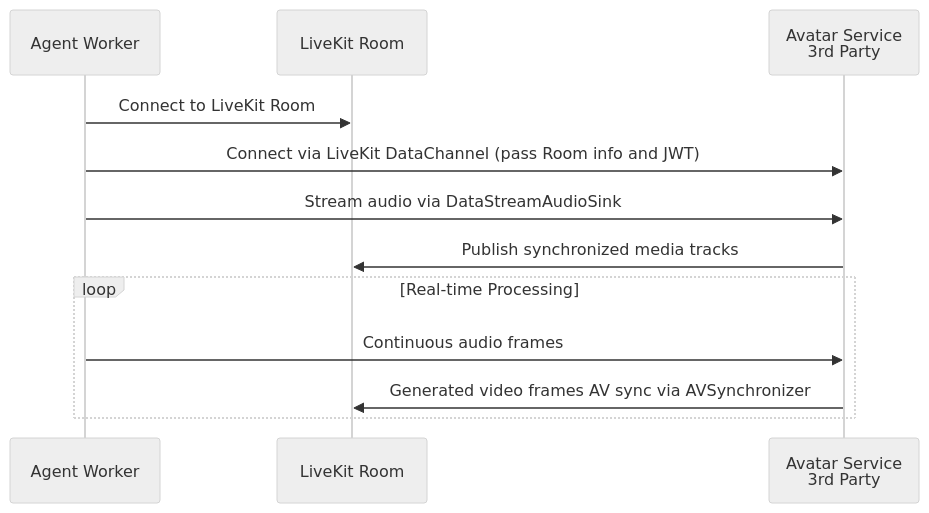
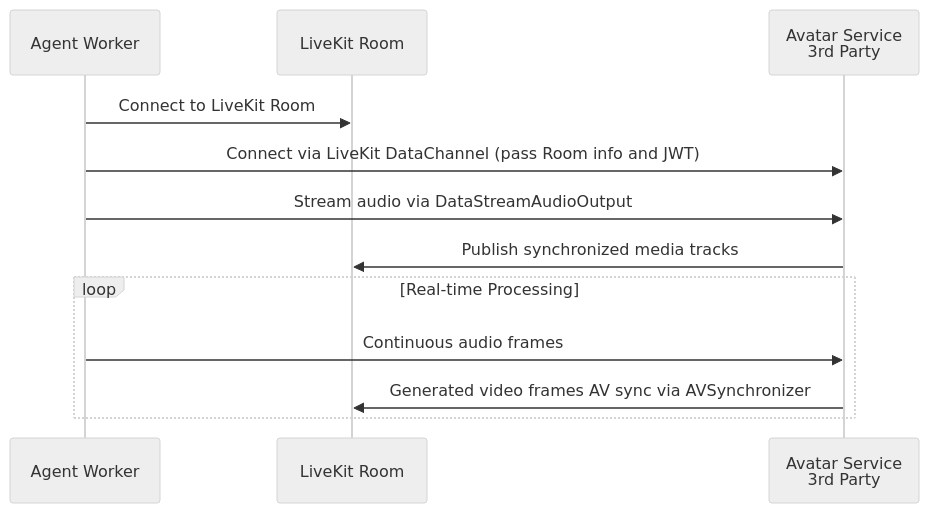
One commit to yepher/livekit_info changed the fifth of 23 diagrams in API_GUIDE.md. Above: the diagram before and after it, drawn with Mermaid. The commit also changed other lines of this file and 4 other files, not shown here.

````diff
--- a/API_GUIDE.md
+++ b/API_GUIDE.md
@@ -673,16 +673,16 @@
 ```mermaid
 %%{init: {'theme':'neutral'}}%%
 sequenceDiagram
     participant A as Agent Worker
     participant R as LiveKit Room
     participant S as Avatar Service<br>3rd Party
     
     A->>R: Connect to LiveKit Room
     A->>S: Connect via LiveKit DataChannel (pass Room info and JWT)
-    A->>S: Stream audio via DataStreamAudioSink
+    A->>S: Stream audio via DataStreamAudioOutput
     S->>R: Publish synchronized media tracks
     loop Real-time Processing
         A->>S: Continuous audio frames
         S->>R: Generated video frames AV sync via AVSynchronizer
     end
 ```
````
